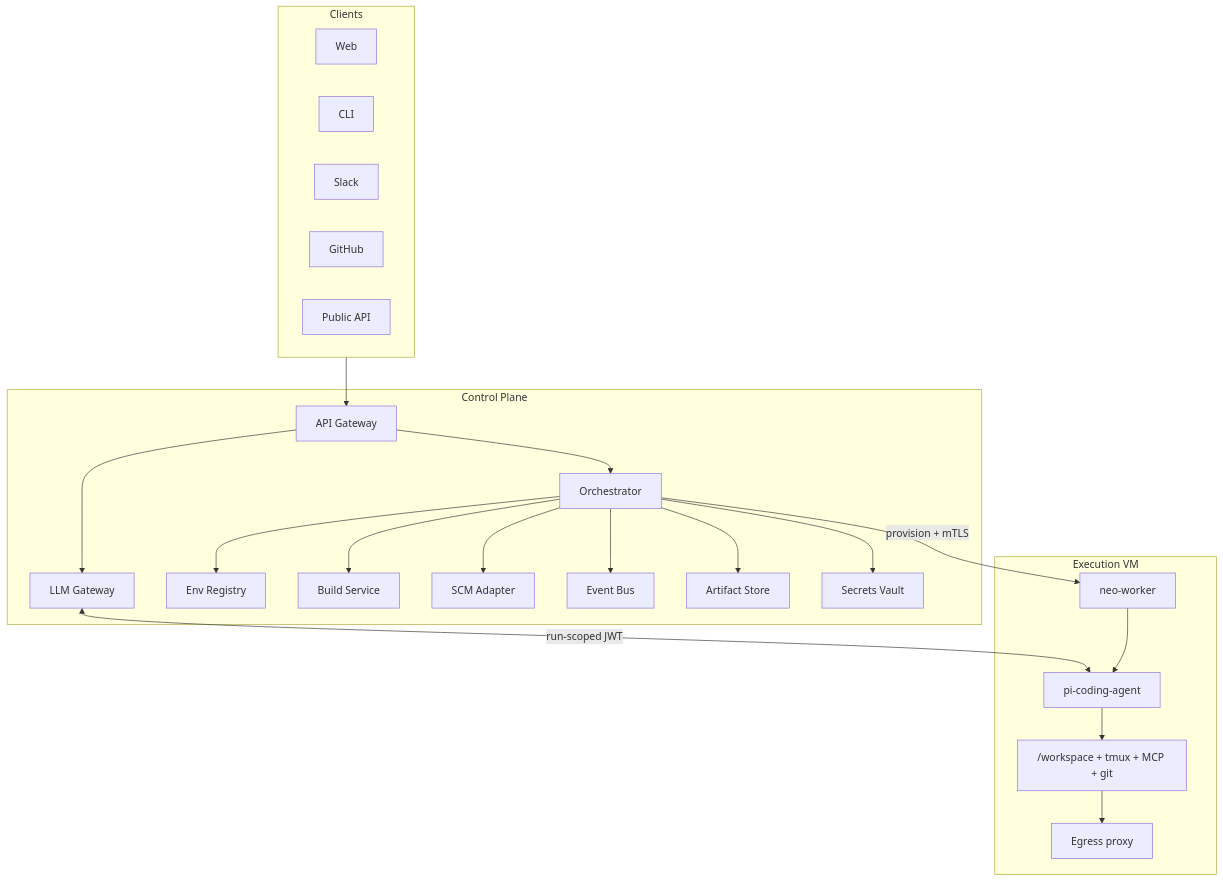
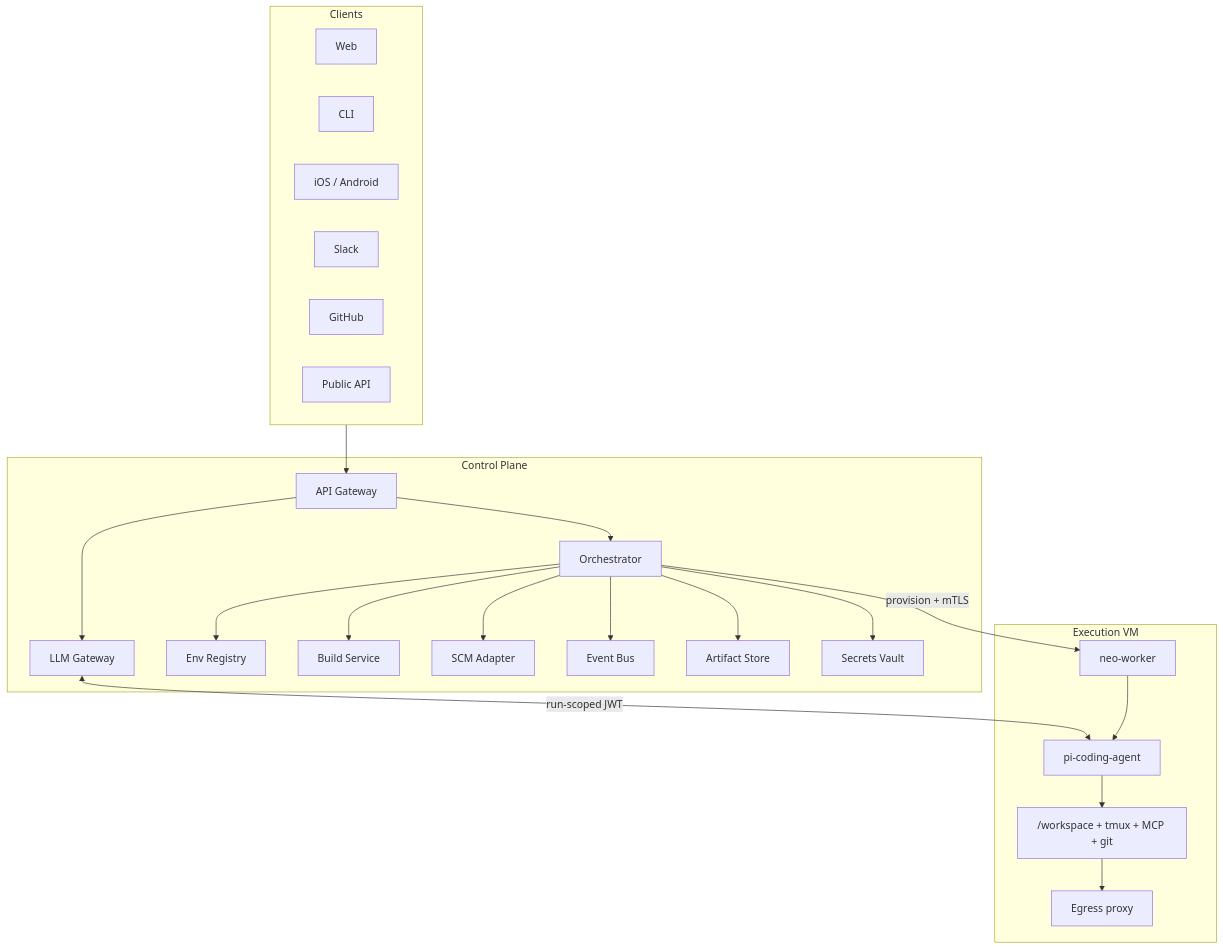
The first of 2 diagrams in docs/architecture.md (Neo2Agent/neo-cloud-agent), drawn with Mermaid before and after one commit. The commit also changed other lines of this file and 3 other files, not shown here.

````diff
--- a/docs/architecture.md
+++ b/docs/architecture.md
@@ -55,33 +55,34 @@
 ```mermaid
 flowchart TB
   subgraph clients [Clients]
     Web
     CLI
+    Mobile[iOS / Android]
     Slack
     GitHub
     PublicAPI[Public API]
   end
 
   clients --> GW[API Gateway]
 
   subgraph control [Control Plane]
     GW --> Orch[Orchestrator]
     GW --> LLM[LLM Gateway]
     Orch --> Env[Env Registry]
     Orch --> Build[Build Service]
     Orch --> SCM[SCM Adapter]
     Orch --> Events[Event Bus]
     Orch --> Artifacts[Artifact Store]
     Orch --> Secrets[Secrets Vault]
   end
 
   Orch -->|"provision + mTLS"| Worker
   LLM <-->|"run-scoped JWT"| Pi
 
   subgraph vm [Execution VM]
     Worker[neo-worker]
     Worker --> Pi[pi-coding-agent]
     Pi --> WS["/workspace + tmux + MCP + git"]
     WS --> Egress[Egress proxy]
   end
 ```
````
